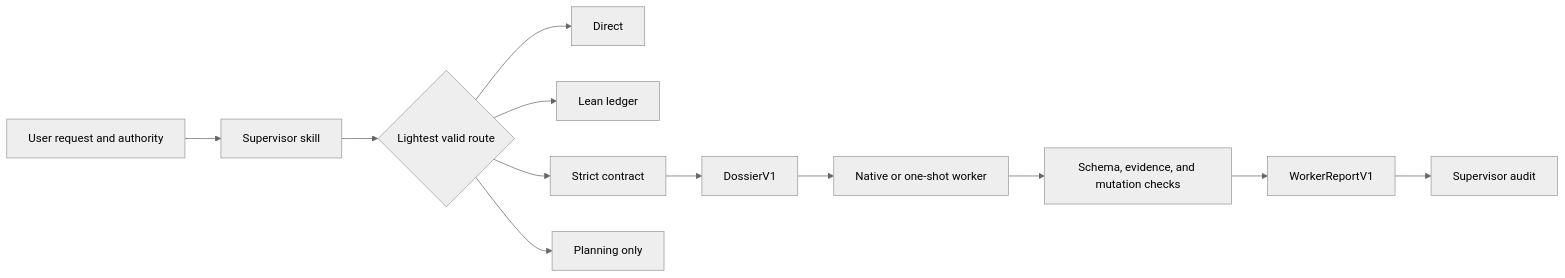
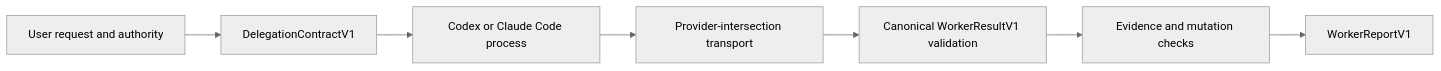
Before and after one commit to NikolaCehic/workflow-supervisor: the diagram in README.md, drawn with Mermaid (neutral theme). The commit also changed other lines of this file and 72 other files, not shown here.

````diff
--- a/README.md
+++ b/README.md
@@ -40,14 +42,9 @@
 ```mermaid
 flowchart LR
-  User["User request and authority"] --> Skill["Supervisor skill"]
-  Skill --> Route{"Lightest valid route"}
-  Route --> Direct["Direct"]
-  Route --> Lean["Lean ledger"]
-  Route --> Strict["Strict contract"]
-  Route --> Plan["Planning only"]
-  Strict --> Dossier["DossierV1"]
-  Dossier --> Worker["Native or one-shot worker"]
-  Worker --> Guard["Schema, evidence, and mutation checks"]
+  Request["User request and authority"] --> Contract["DelegationContractV1"]
+  Contract --> Worker["Codex or Claude Code process"]
+  Worker --> Transport["Provider-intersection transport"]
+  Transport --> Result["Canonical WorkerResultV1 validation"]
+  Result --> Guard["Evidence and mutation checks"]
   Guard --> Report["WorkerReportV1"]
-  Report --> Audit["Supervisor audit"]
 ```
````
